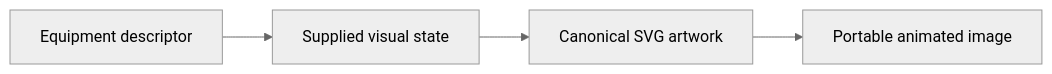
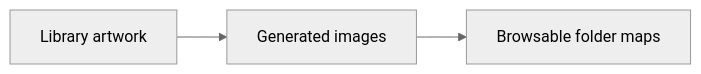
One commit to Valpatel/cad-agent changed the diagram in software/cadagent/webkit/scada/ui/img/states/README.md. Above: the diagram before and after it, drawn with Mermaid (neutral theme). The commit also changed other lines of this file and 1191 other files, not shown here.

````diff
--- a/software/cadagent/webkit/scada/ui/img/states/README.md
+++ b/software/cadagent/webkit/scada/ui/img/states/README.md
@@ -7,6 +7,5 @@
 ```mermaid
 flowchart LR
-  Catalog["Equipment descriptor"] --> State["Supplied visual state"]
-  State --> Art["Canonical SVG artwork"]
-  Art --> Preview["Portable animated image"]
+  Source["Library artwork"] --> Preview["Generated images"]
+  Preview --> Browse["Browsable folder maps"]
 ```
````
